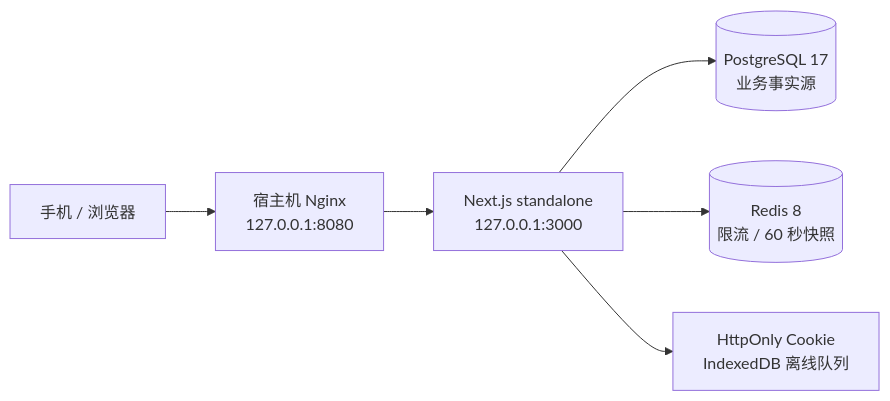
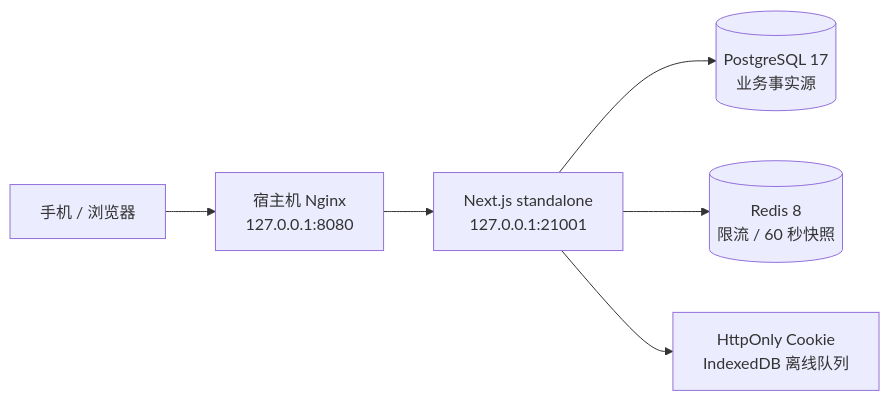
One commit to Max0314/pick-meal-well changed the diagram in docs/architecture.md. Above: the diagram before and after it, drawn with Mermaid. The commit also changed 6 other files, not shown here.

````diff
--- a/docs/architecture.md
+++ b/docs/architecture.md
@@ -7,8 +7,8 @@
 ```mermaid
 flowchart LR
   B["手机 / 浏览器"] --> N["宿主机 Nginx\n127.0.0.1:8080"]
-  N --> A["Next.js standalone\n127.0.0.1:3000"]
+  N --> A["Next.js standalone\n127.0.0.1:21001"]
   A --> P[("PostgreSQL 17\n业务事实源")]
   A --> R[("Redis 8\n限流 / 60 秒快照")]
   A --> C["HttpOnly Cookie\nIndexedDB 离线队列"]
 ```
````
